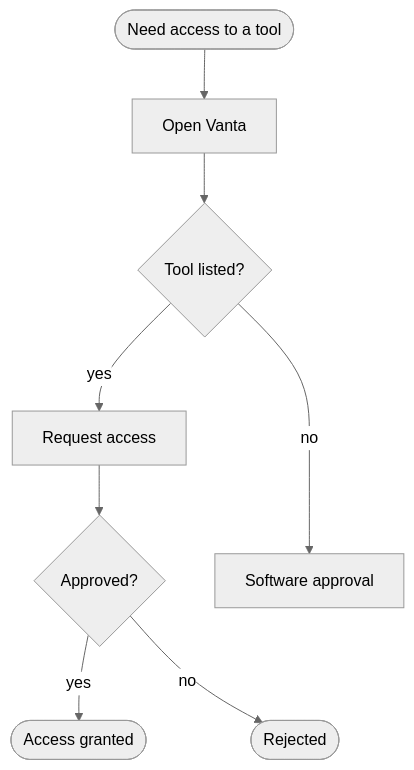
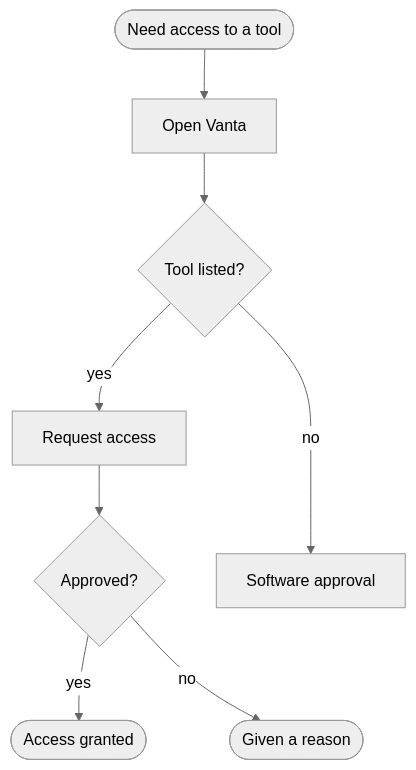
The diagram in docs/en/tools/software.md (ultralytics/handbook), drawn with Mermaid (neutral theme) before and after one commit.

Commit message:
Keep the rejection reason in the software access diagram

````diff
--- a/docs/en/tools/software.md
+++ b/docs/en/tools/software.md
@@ -90,12 +90,12 @@
 ```mermaid
 flowchart TD
     A([Need access to a tool]) --> B[Open Vanta]
     B --> C{Tool listed?}
     C -->|yes| E[Request access]
     C -->|no| D[Software approval]
     E --> F{Approved?}
     F -->|yes| G([Access granted])
-    F -->|no| H([Rejected]):::error
+    F -->|no| H([Given a reason]):::error
     D ~~~ H
     click D "#3-software-approval-vendor-lifecycle"
 ```
````
